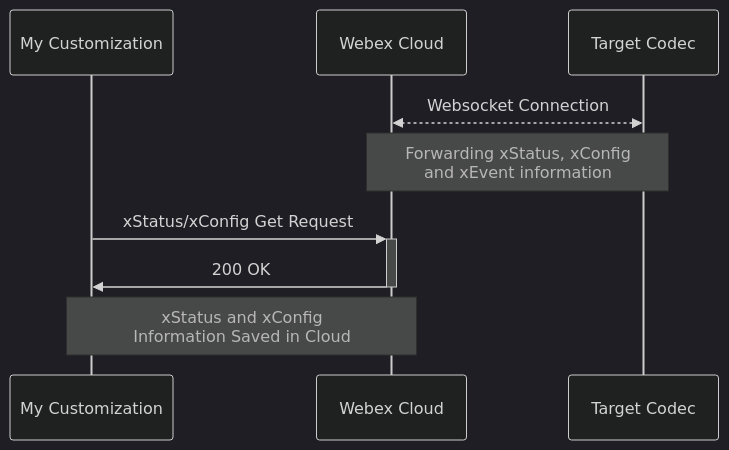
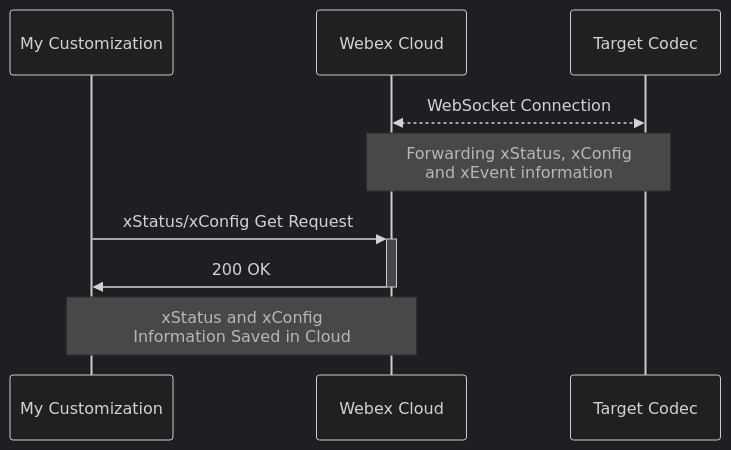
Before and after one commit to WebexCC-SA/LAB-1451: the sixth of 9 diagrams in docs/wx1_1451_part_2.md, drawn with Mermaid. The commit also changed other lines of this file and 2 other files, not shown here.

````diff
--- a/docs/wx1_1451_part_2.md
+++ b/docs/wx1_1451_part_2.md
@@ -4678,12 +4678,12 @@
                 ``` mermaid
                 %%{init: {'theme':'dark'}}%%
                 sequenceDiagram
                   participant My Customization
                   participant Webex Cloud
                   participant Target Codec
-                  Webex Cloud<<-->>Target Codec: Websocket Connection
+                  Webex Cloud<<-->>Target Codec: WebSocket Connection
                   Note over Webex Cloud,Target Codec: Forwarding xStatus, xConfig<br> and xEvent information
                   My Customization->>+Webex Cloud: xStatus/xConfig Get Request
                   Webex Cloud ->>- My Customization: 200 OK
                   Note over My Customization,Webex Cloud: xStatus and xConfig<br> Information Saved in Cloud
                 ```
````
